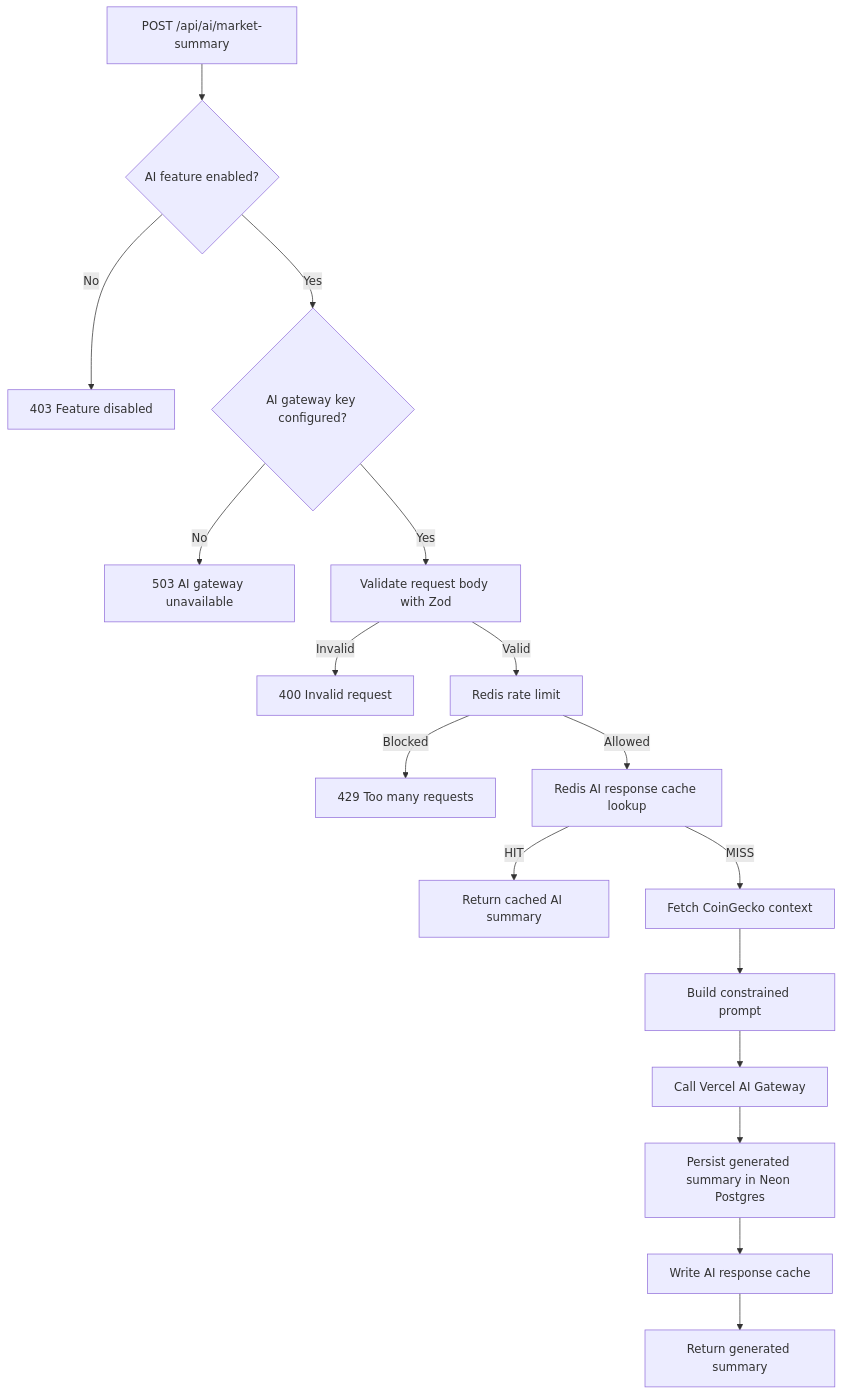
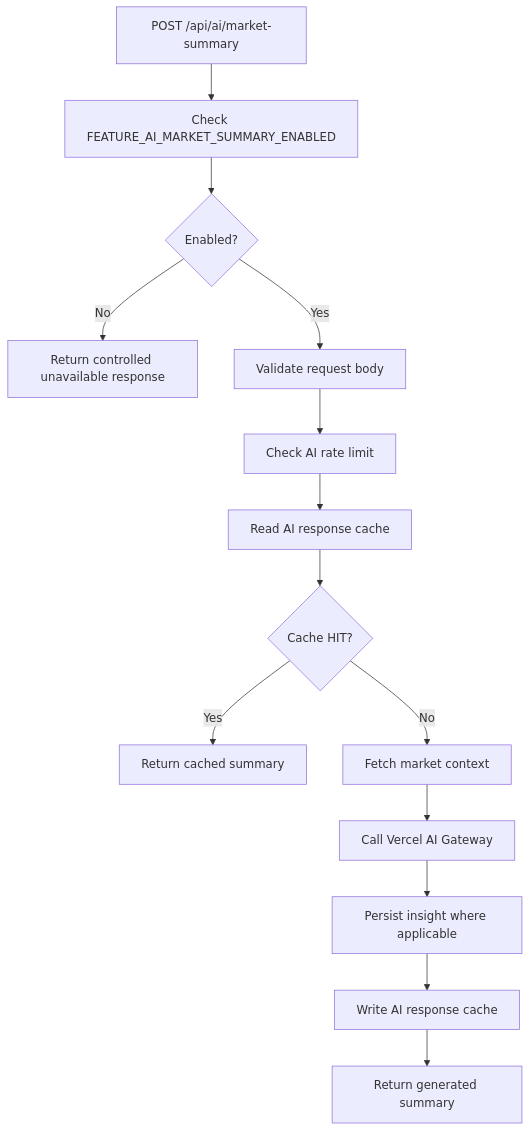
One commit to BlockShield-Systems/swiss-market-dashboard changed the eighth of 12 diagrams in docs/architecture-diagrams.md. Above: the diagram before and after it, drawn with Mermaid. The commit also changed other lines of this file and 9 other files, not shown here.

````diff
--- a/docs/architecture-diagrams.md
+++ b/docs/architecture-diagrams.md
@@ -264,25 +308,31 @@
 ```mermaid
-flowchart TD
-  Request["POST /api/ai/market-summary"] --> FeatureFlag{"AI feature enabled?"}
+flowchart TB
+  Request["POST /api/ai/market-summary"]
+  FeatureFlag["Check FEATURE_AI_MARKET_SUMMARY_ENABLED"]
+  Enabled{"Enabled?"}
+  Disabled["Return controlled unavailable response"]
+  Validate["Validate request body"]
+  RateLimit["Check AI rate limit"]
+  CacheRead["Read AI response cache"]
+  CacheHit{"Cache HIT?"}
+  ReturnCached["Return cached summary"]
+  FetchMarket["Fetch market context"]
+  AIGateway["Call Vercel AI Gateway"]
+  Persist["Persist insight where applicable"]
+  CacheWrite["Write AI response cache"]
+  ReturnFresh["Return generated summary"]
 
-  FeatureFlag -->|No| Disabled["403 Feature disabled"]
-  FeatureFlag -->|Yes| GatewayKey{"AI gateway key configured?"}
-
-  GatewayKey -->|No| Misconfigured["503 AI gateway unavailable"]
-  GatewayKey -->|Yes| Validate["Validate request body with Zod"]
-
-  Validate -->|Invalid| BadRequest["400 Invalid request"]
-  Validate -->|Valid| RateLimit["Redis rate limit"]
-
-  RateLimit -->|Blocked| TooMany["429 Too many requests"]
-  RateLimit -->|Allowed| CacheLookup["Redis AI response cache lookup"]
-
-  CacheLookup -->|HIT| CachedResponse["Return cached AI summary"]
-  CacheLookup -->|MISS| CoinContext["Fetch CoinGecko context"]
-
-  CoinContext --> Prompt["Build constrained prompt"]
-  Prompt --> AiGateway["Call Vercel AI Gateway"]
-  AiGateway --> Persist["Persist generated summary in Neon Postgres"]
-  Persist --> CacheWrite["Write AI response cache"]
-  CacheWrite --> Response["Return generated summary"]
+  Request --> FeatureFlag
+  FeatureFlag --> Enabled
+  Enabled -- No --> Disabled
+  Enabled -- Yes --> Validate
+  Validate --> RateLimit
+  RateLimit --> CacheRead
+  CacheRead --> CacheHit
+  CacheHit -- Yes --> ReturnCached
+  CacheHit -- No --> FetchMarket
+  FetchMarket --> AIGateway
+  AIGateway --> Persist
+  Persist --> CacheWrite
+  CacheWrite --> ReturnFresh
 ```
````
